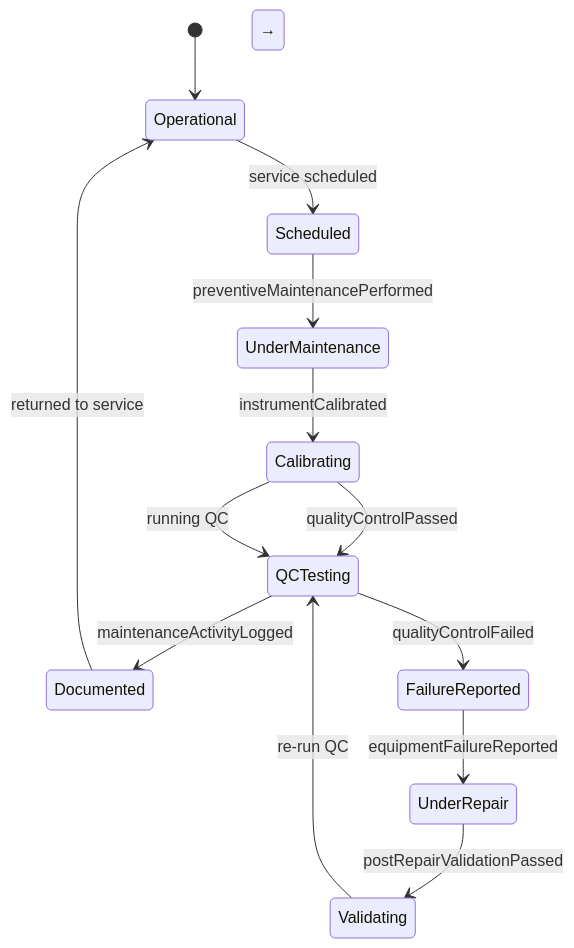
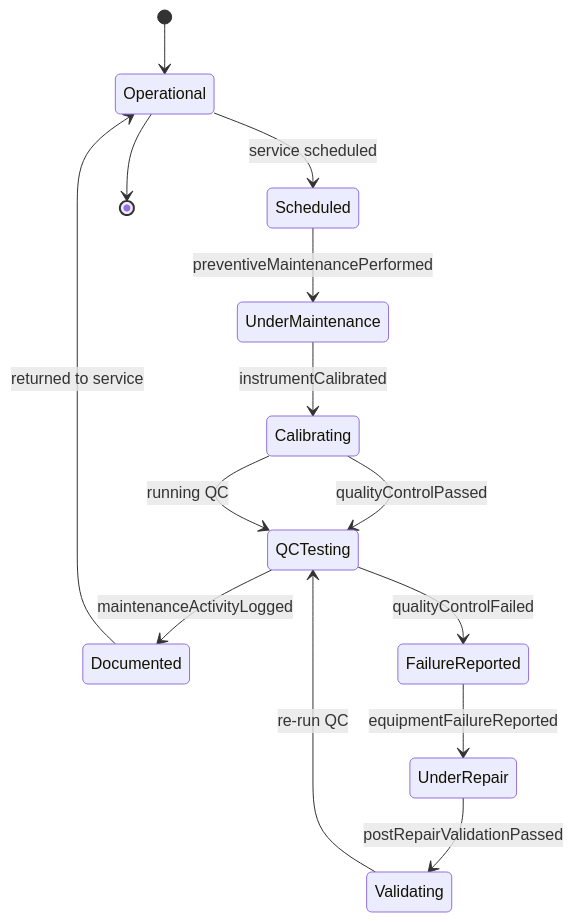
Before and after one commit to dot-org-ai/tasks.org.ai: the second of 4 diagrams in RepairingAndMaintainingMechanicalEquipment/MaintainMedicalEquipmentOrInstruments/MaintainMedicalLaboratoryEquipment.mdx, drawn with Mermaid. The commit also changed 515 other files, not shown here.

````diff
--- a/RepairingAndMaintainingMechanicalEquipment/MaintainMedicalEquipmentOrInstruments/MaintainMedicalLaboratoryEquipment.mdx
+++ b/RepairingAndMaintainingMechanicalEquipment/MaintainMedicalEquipmentOrInstruments/MaintainMedicalLaboratoryEquipment.mdx
@@ -100,16 +100,16 @@
 ```mermaid
 stateDiagram-v2
     [*] --> Operational
     Operational --> Scheduled : service scheduled
     Scheduled --> UnderMaintenance : preventiveMaintenancePerformed
     UnderMaintenance --> Calibrating : instrumentCalibrated
     Calibrating --> QCTesting : qualityControlPassed
     Calibrating --> QCTesting : running QC
     QCTesting --> Documented : maintenanceActivityLogged
     QCTesting --> FailureReported : qualityControlFailed
     FailureReported --> UnderRepair : equipmentFailureReported
     UnderRepair --> Validating : postRepairValidationPassed
     Validating --> QCTesting : re-run QC
     Documented --> Operational : returned to service
-    Operational → [*]
+    Operational --> [*]
 ```
````
